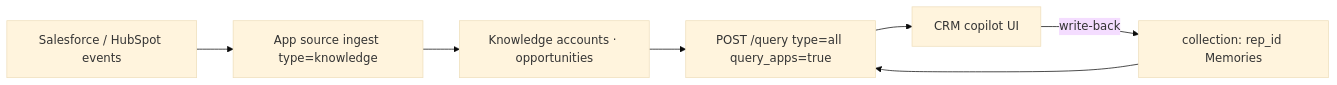
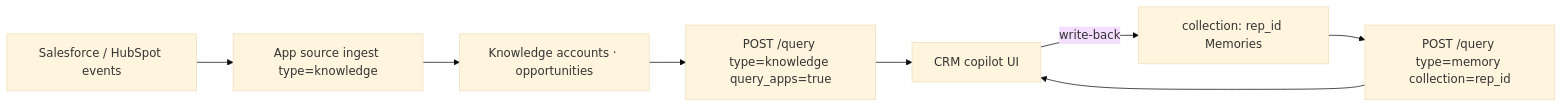
One commit to hydra-db/mintlify-docs changed the fourth of 8 diagrams in essentials/v2/context-architecture/production-examples.mdx. Above: the diagram before and after it, drawn with Mermaid (base theme). The commit also changed other lines of this file and 7 other files, not shown here.

````diff
--- a/essentials/v2/context-architecture/production-examples.mdx
+++ b/essentials/v2/context-architecture/production-examples.mdx
@@ -116,14 +120,15 @@
 ```mermaid
 flowchart LR
   CRM[Salesforce / HubSpot events]
   Ingest[App source ingest type=knowledge]
   K[Knowledge accounts · opportunities]
   Rep[collection: rep_id Memories]
-  Q[POST /query type=all query_apps=true]
+  QK[POST /query type=knowledge query_apps=true]
+  QM[POST /query type=memory collection=rep_id]
   Copilot[CRM copilot UI]
 
   CRM --> Ingest --> K
-  Rep --> Q
-  K --> Q --> Copilot
+  K --> QK --> Copilot
+  Rep --> QM --> Copilot
   Copilot -->|write-back| Rep
 ```
````
